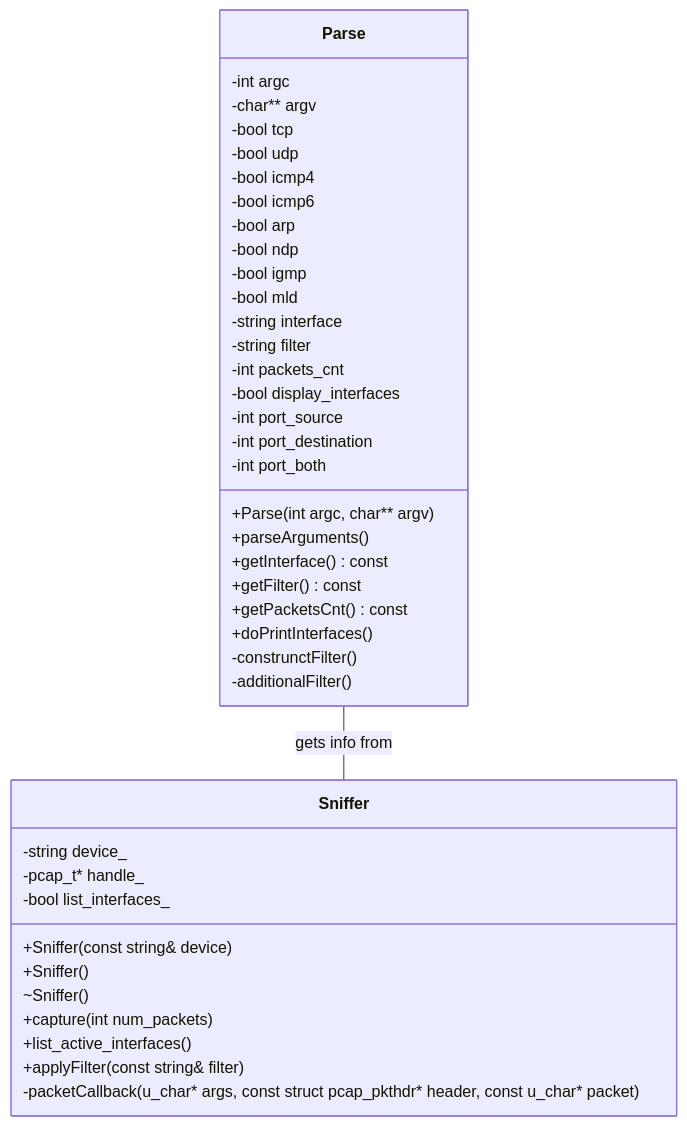
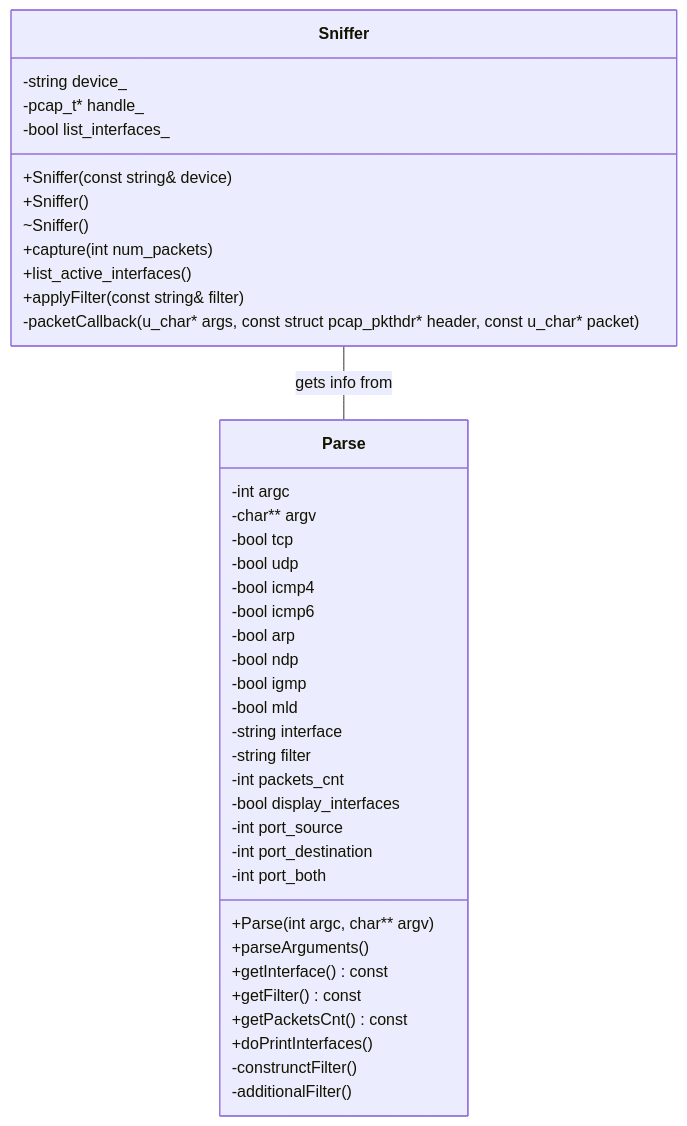
One commit to DmytroKhodarevskyi/VUTFIT2024---IPK_Sniffer changed the diagram in README.md. Above: the diagram before and after it, drawn with Mermaid. The commit also changed other lines of this file and 2 other files, not shown here.

````diff
--- a/README.md
+++ b/README.md
@@ -94,45 +96,45 @@
 ```mermaid
 classDiagram
     class Parse {
         +Parse(int argc, char** argv)
         +parseArguments()
         +getInterface() const
         +getFilter() const
         +getPacketsCnt() const
         +doPrintInterfaces()
         -construnctFilter()
         -additionalFilter()
         -int argc
         -char** argv
         -bool tcp
         -bool udp
         -bool icmp4
         -bool icmp6
         -bool arp
         -bool ndp
         -bool igmp
         -bool mld
         -string interface
         -string filter
         -int packets_cnt
         -bool display_interfaces
         -int port_source
         -int port_destination
         -int port_both
     }
 
     class Sniffer {
       +Sniffer(const string& device)
       +Sniffer()
       ~Sniffer()
       +capture(int num_packets)
       +list_active_interfaces()
       +applyFilter(const string& filter)
       -packetCallback(u_char* args, const struct pcap_pkthdr* header, const u_char* packet)
       -string device_
       -pcap_t* handle_
       -bool list_interfaces_
     }
 
-    Parse -- Sniffer : gets info from
+    Sniffer -- Parse : gets info from
 ```
````
